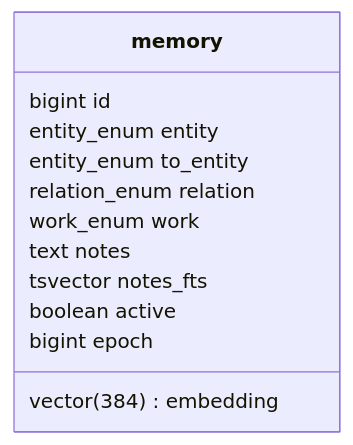
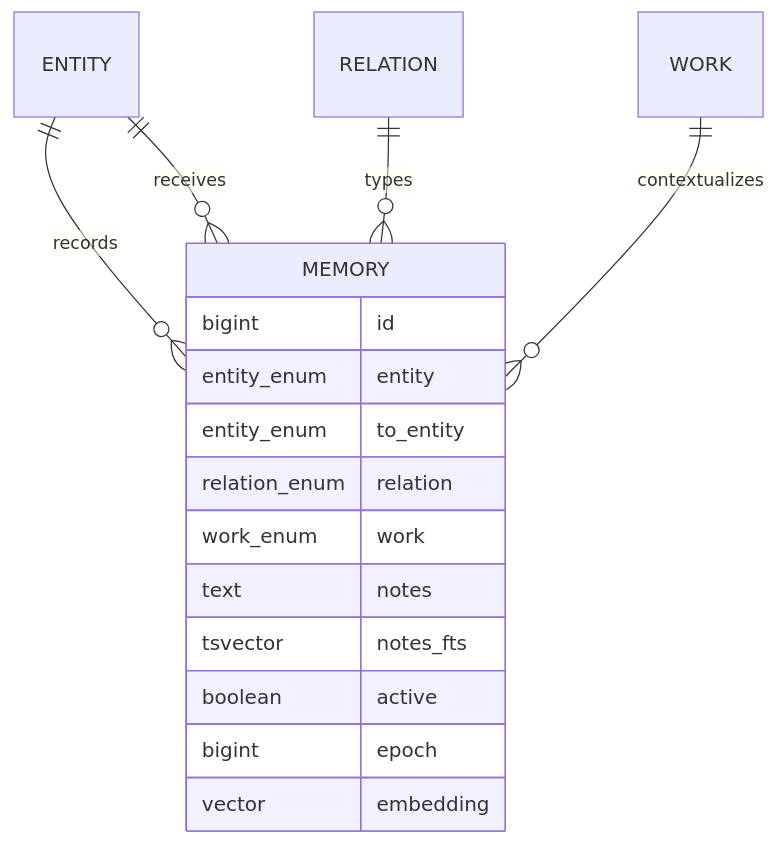
The third of 5 diagrams in README.md (andmigque/Memory), drawn with Mermaid before and after one commit. The commit also changed other lines of this file, not shown here.

````diff
--- a/README.md
+++ b/README.md
@@ -76,15 +76,20 @@
 ```mermaid
-classDiagram
-    class memory {
+erDiagram
+    ENTITY ||--o{ MEMORY : records
+    ENTITY ||--o{ MEMORY : receives
+    RELATION ||--o{ MEMORY : types
+    WORK ||--o{ MEMORY : contextualizes
+
+    MEMORY {
         bigint id
         entity_enum entity
         entity_enum to_entity
         relation_enum relation
         work_enum work
         text notes
         tsvector notes_fts
         boolean active
         bigint epoch
-        vector(384) embedding
+        vector embedding
     }
 ```
````
